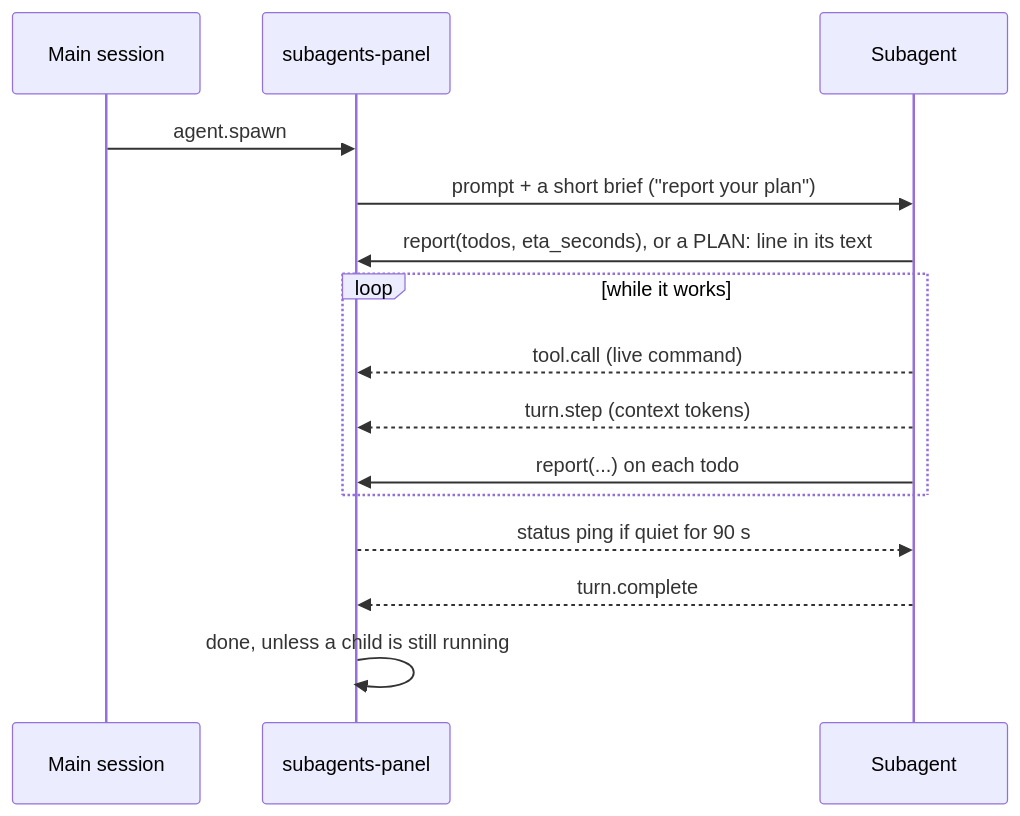
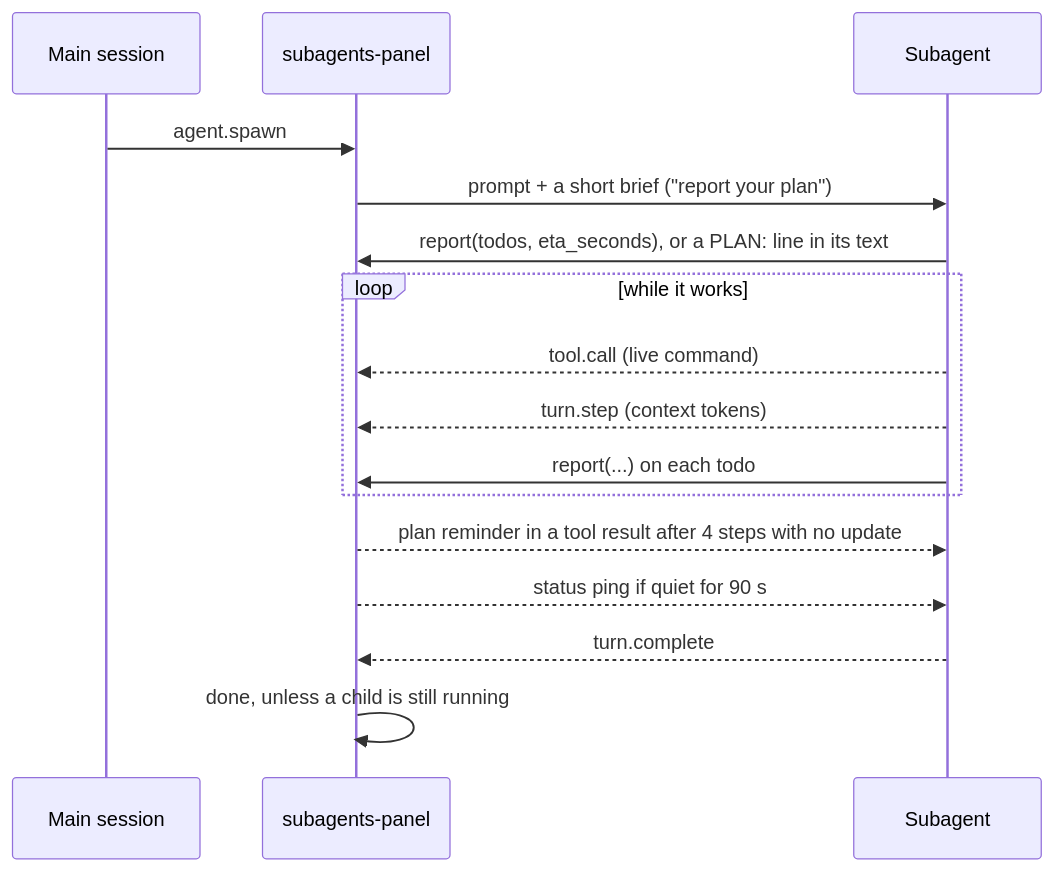
The diagram in README.md (rndbblnn/cc-mod-subagents-panel), drawn with Mermaid before and after one commit. The commit also changed other lines of this file and 7 other files, not shown here.

````diff
--- a/README.md
+++ b/README.md
@@ -99,17 +100,18 @@
 ```mermaid
 sequenceDiagram
     participant M as Main session
     participant P as subagents-panel
     participant A as Subagent
     M->>P: agent.spawn
     P->>A: prompt + a short brief ("report your plan")
     A->>P: report(todos, eta_seconds), or a PLAN: line in its text
     loop while it works
         A-->>P: tool.call  (live command)
         A-->>P: turn.step  (context tokens)
         A->>P: report(...) on each todo
     end
+    P-->>A: plan reminder in a tool result after 4 steps with no update
     P-->>A: status ping if quiet for 90 s
     A-->>P: turn.complete
     P->>P: done, unless a child is still running
 ```
````
